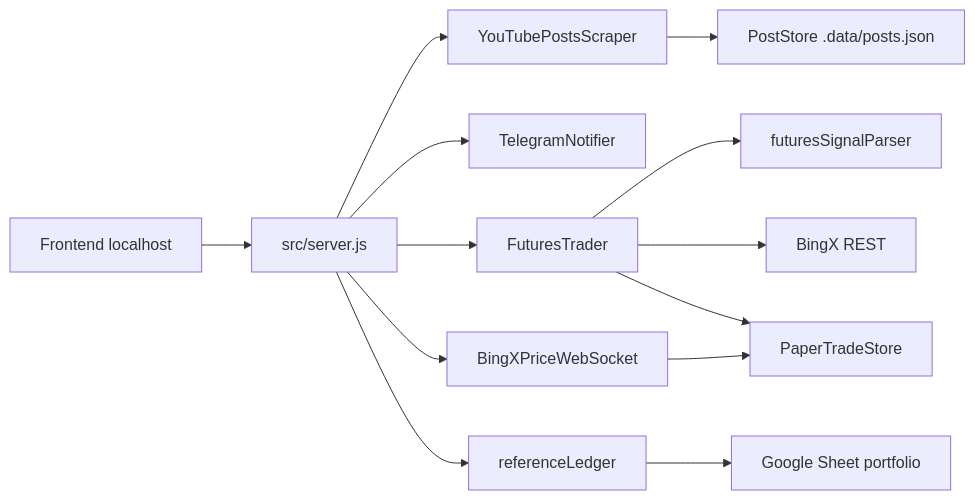
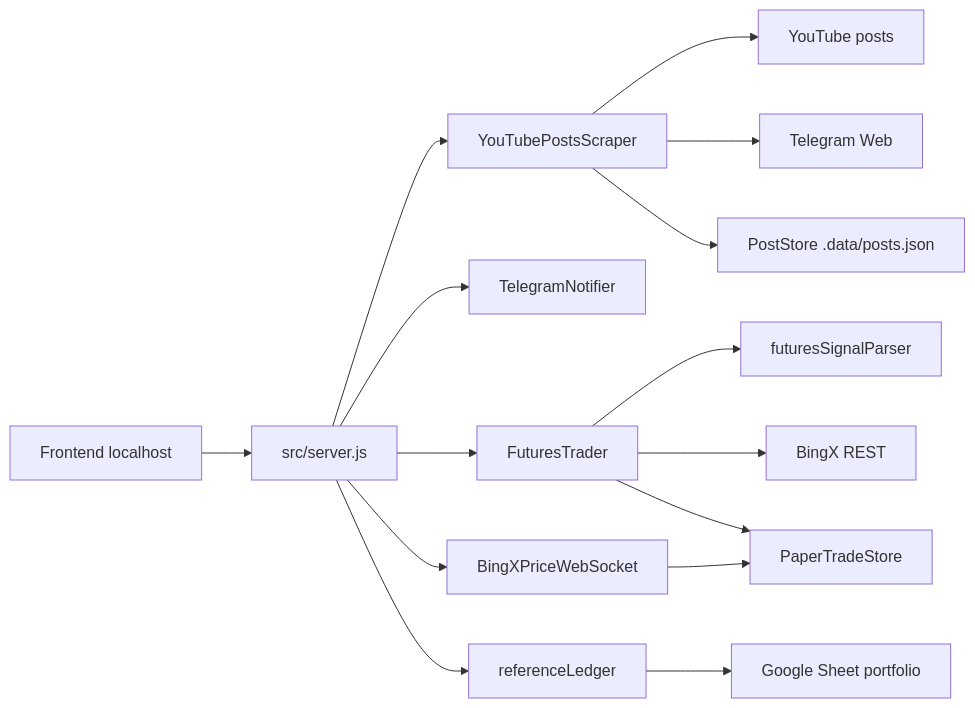
Before and after one commit to JotaTerrasa/yt-members-signal-trader: the diagram in docs/ARCHITECTURE.md, drawn with Mermaid. The commit also changed other lines of this file and 17 other files, not shown here.

````diff
--- a/docs/ARCHITECTURE.md
+++ b/docs/ARCHITECTURE.md
@@ -7,15 +7,17 @@
 ```mermaid
 flowchart LR
   UI["Frontend localhost"] --> API["src/server.js"]
   API --> Scraper["YouTubePostsScraper"]
+  Scraper --> YouTube["YouTube posts"]
+  Scraper --> TelegramWeb["Telegram Web"]
   Scraper --> Store["PostStore .data/posts.json"]
-  API --> Telegram["TelegramNotifier"]
+  API --> TelegramBot["TelegramNotifier"]
   API --> Trader["FuturesTrader"]
   Trader --> Parser["futuresSignalParser"]
   Trader --> BingX["BingX REST"]
   Trader --> Paper["PaperTradeStore"]
   API --> Ledger["referenceLedger"]
   Ledger --> Sheet["Google Sheet portfolio"]
   API --> WS["BingXPriceWebSocket"]
   WS --> Paper
 ```
````
